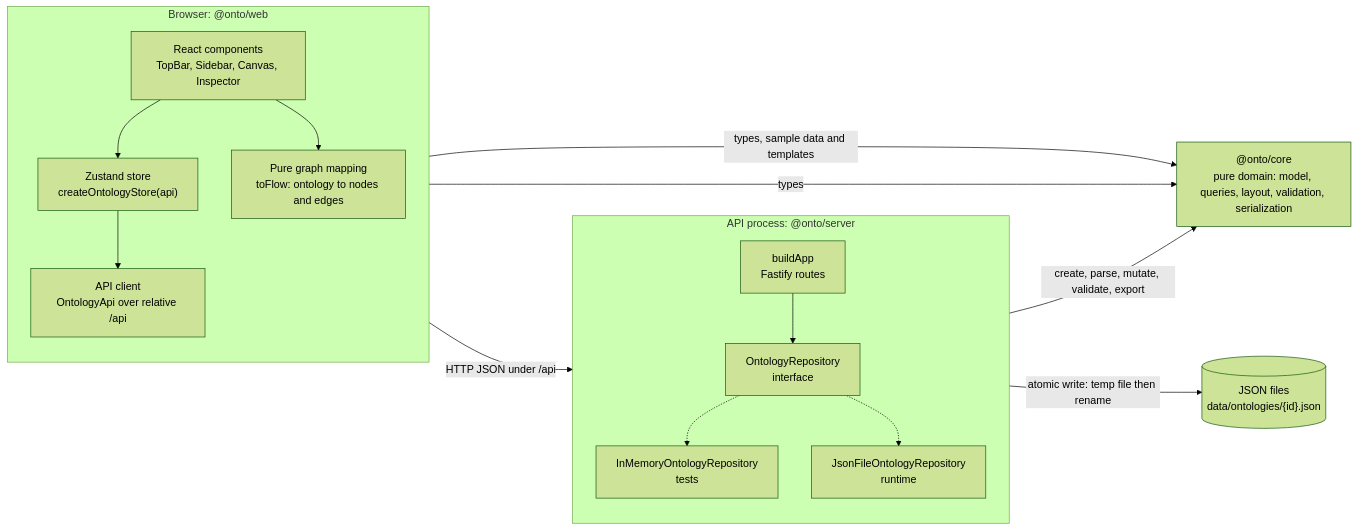
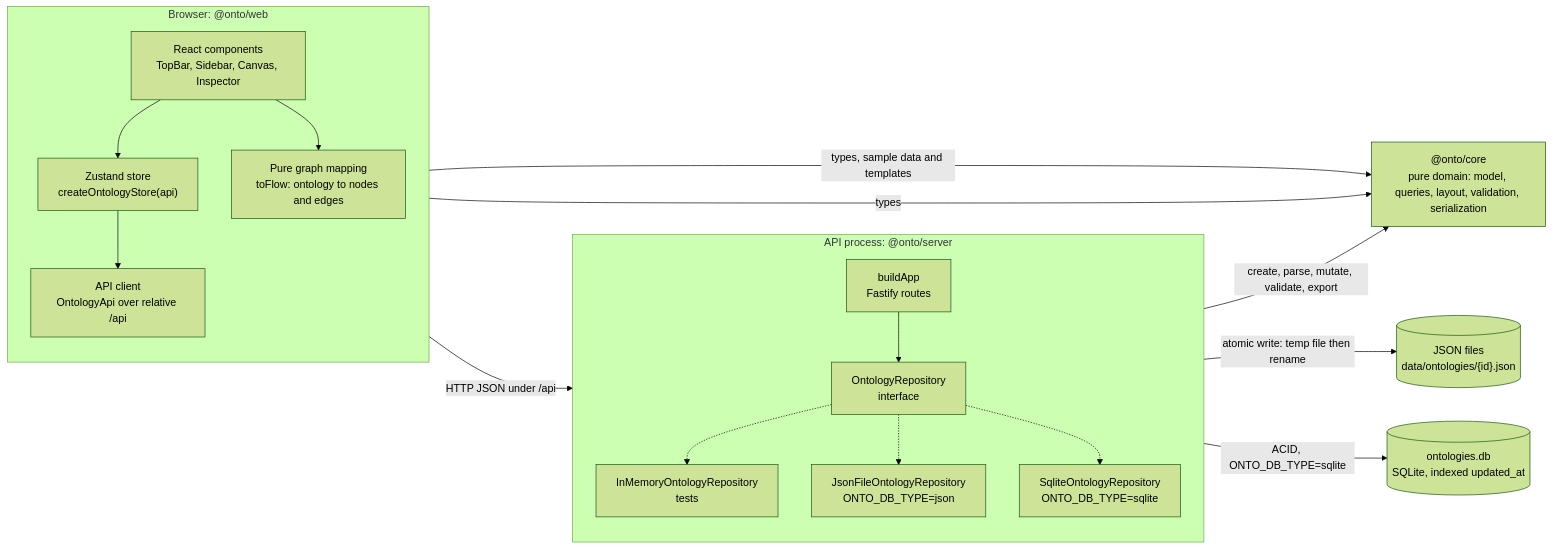
One commit to anusornc/ontology-studio changed the first of 6 diagrams in docs/ARCHITECTURE.md. Above: the diagram before and after it, drawn with Mermaid (forest theme). The commit also changed other lines of this file and 9 other files, not shown here.

First line of the commit message:
feat: optional embedded SQLite persistence behind the repository seam

````diff
--- a/docs/ARCHITECTURE.md
+++ b/docs/ARCHITECTURE.md
@@ -32,36 +35,40 @@
 ```mermaid
 flowchart LR
     accTitle: System Component Overview
     accDescr: The browser studio calls the Fastify API over JSON HTTP, the API persists one JSON file per ontology through the repository interface, and both apps depend on the pure shared domain core.
 
     subgraph web["Browser: @onto/web"]
         direction TB
         ui["React components<br/>TopBar, Sidebar, Canvas, Inspector"]
         store["Zustand store<br/>createOntologyStore(api)"]
         client["API client<br/>OntologyApi over relative /api"]
         toflow["Pure graph mapping<br/>toFlow: ontology to nodes and edges"]
         ui --> store
         ui --> toflow
         store --> client
     end
 
     subgraph api["API process: @onto/server"]
         direction TB
         app["buildApp<br/>Fastify routes"]
         repo["OntologyRepository<br/>interface"]
         memory["InMemoryOntologyRepository<br/>tests"]
-        jsonfile["JsonFileOntologyRepository<br/>runtime"]
+        jsonfile["JsonFileOntologyRepository<br/>ONTO_DB_TYPE=json"]
+        sqlite["SqliteOntologyRepository<br/>ONTO_DB_TYPE=sqlite"]
         app --> repo
         repo -.-> memory
         repo -.-> jsonfile
+        repo -.-> sqlite
     end
 
     core["@onto/core<br/>pure domain: model, queries, layout, validation, serialization"]
     disk[("JSON files<br/>data/ontologies/{id}.json")]
+    sqldb[("ontologies.db<br/>SQLite, indexed updated_at")]
 
     client -->|"HTTP JSON under /api"| app
     store -->|"types, sample data and templates"| core
     toflow -->|"types"| core
     app -->|"create, parse, mutate, validate, export"| core
     jsonfile -->|"atomic write: temp file then rename"| disk
+    sqlite -->|"ACID, ONTO_DB_TYPE=sqlite"| sqldb
 ```
````
